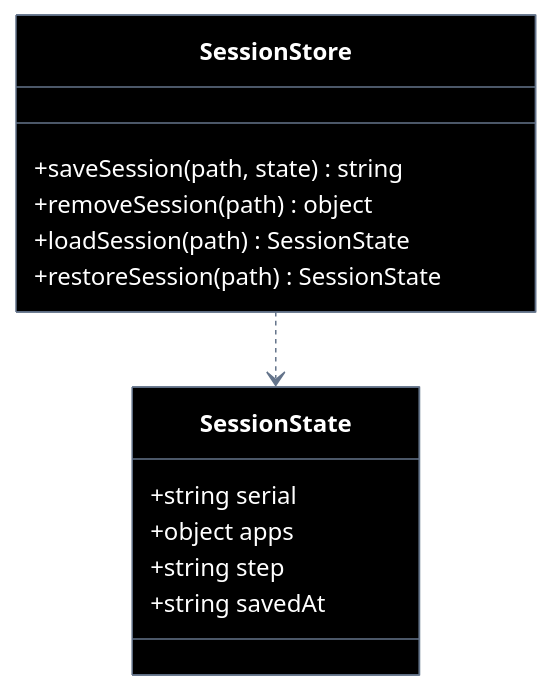
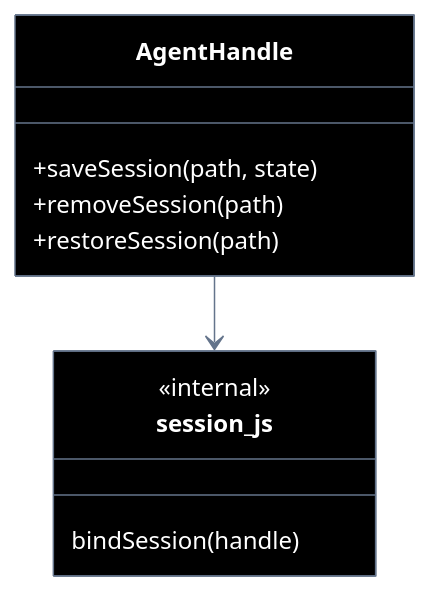
The second of 2 diagrams in connectmax/screen-robot/implementation-plan/EP-06-sessao.md (laerciogermano/workstation), drawn with Mermaid before and after one commit. The commit also changed other lines of this file and 5 other files, not shown here.

First line of the commit message:
Alinha planos EP-03..06 ao padrão do handle (provisionar → métodos no AgentHandle).

````diff
--- a/connectmax/screen-robot/implementation-plan/EP-06-sessao.md
+++ b/connectmax/screen-robot/implementation-plan/EP-06-sessao.md
@@ -372,58 +170,38 @@
 ```mermaid
 ---
 config:
   theme: base
   themeVariables:
     darkMode: true
     background: '#000000'
     primaryColor: '#000000'
     primaryTextColor: '#ffffff'
     primaryBorderColor: '#64748b'
     secondaryColor: '#000000'
     secondaryTextColor: '#ffffff'
     secondaryBorderColor: '#64748b'
     tertiaryColor: '#000000'
     tertiaryTextColor: '#ffffff'
     tertiaryBorderColor: '#64748b'
     lineColor: '#64748b'
     textColor: '#ffffff'
     mainBkg: '#000000'
     nodeBorder: '#64748b'
     clusterBkg: '#000000'
     clusterBorder: '#333333'
     titleColor: '#ffffff'
-    edgeLabelBackground: '#000000'
-    actorBkg: '#000000'
-    actorBorder: '#64748b'
-    actorTextColor: '#ffffff'
-    actorLineColor: '#333333'
-    signalColor: '#94a3b8'
-    signalTextColor: '#ffffff'
-    labelBoxBkgColor: '#000000'
-    labelBoxBorderColor: '#64748b'
-    labelTextColor: '#ffffff'
-    loopTextColor: '#ffffff'
-    noteBorderColor: '#64748b'
-    noteBkgColor: '#111111'
-    noteTextColor: '#ffffff'
-    activationBorderColor: '#64748b'
-    activationBkgColor: '#1a1a1a'
-    sequenceNumberColor: '#ffffff'
     classText: '#ffffff'
 ---
 classDiagram
   direction TB
-  class SessionState {
-    +string serial
-    +object apps
-    +string step
-    +string savedAt
+  class AgentHandle {
+    +saveSession(path, state)
+    +removeSession(path)
+    +restoreSession(path)
   }
-  class SessionStore {
-    +saveSession(path, state) string
-    +removeSession(path) object
-    +loadSession(path) SessionState
-    +restoreSession(path) SessionState
+  class session_js {
+    <<internal>>
+    bindSession(handle)
   }
-  SessionStore ..> SessionState
+  AgentHandle --> session_js
 ```
````
